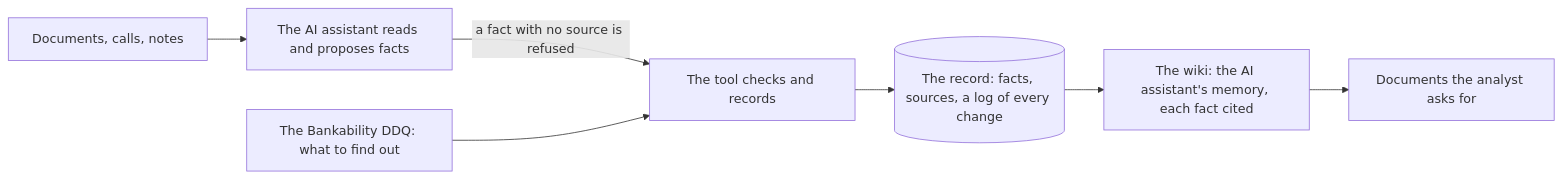
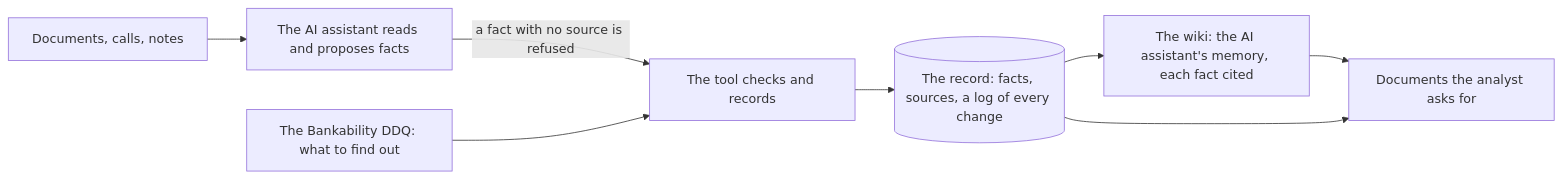
Before and after one commit to rrecourt2/AIssociate: the diagram in README.md, drawn with Mermaid. The commit also changed other lines of this file and 25 other files, not shown here.

````diff
--- a/README.md
+++ b/README.md
@@ -27,9 +27,10 @@
 ```mermaid
 flowchart LR
   D["Documents, calls, notes"] --> A["The AI assistant reads and proposes facts"]
   A -- "a fact with no source is refused" --> T["The tool checks and records"]
   S["The Bankability DDQ: what to find out"] --> T
   T --> R[("The record: facts, sources, a log of every change")]
   R --> W["The wiki: the AI assistant's memory, each fact cited"]
   W --> P["Documents the analyst asks for"]
+  R --> P
 ```
````
